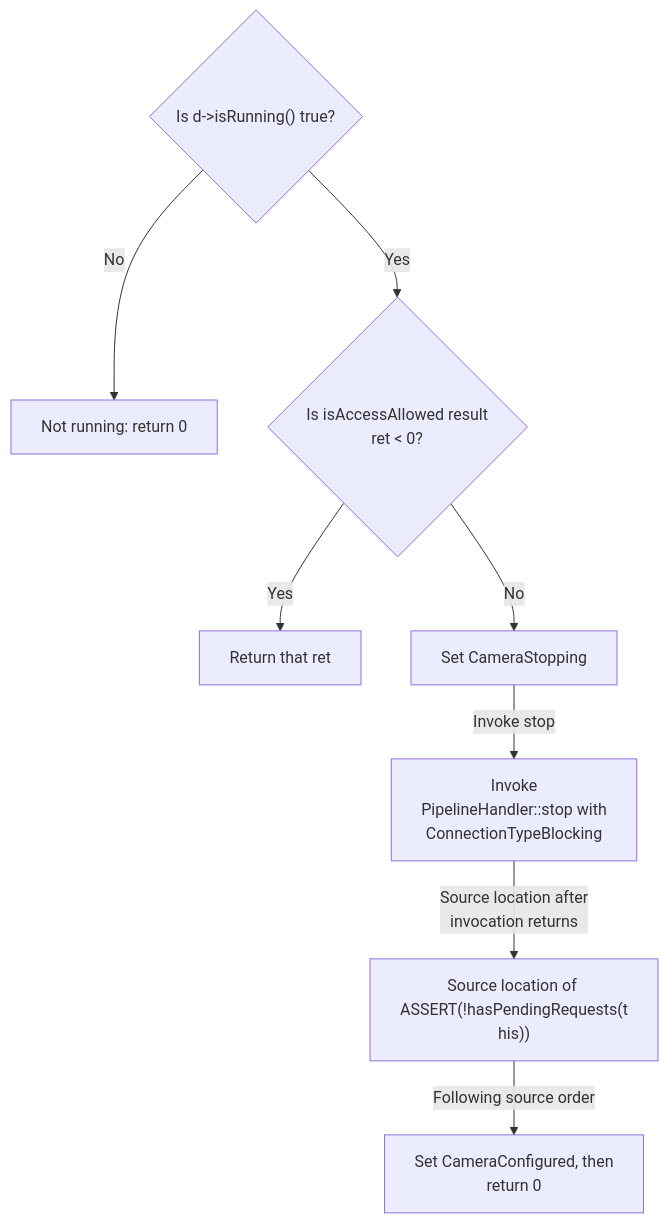
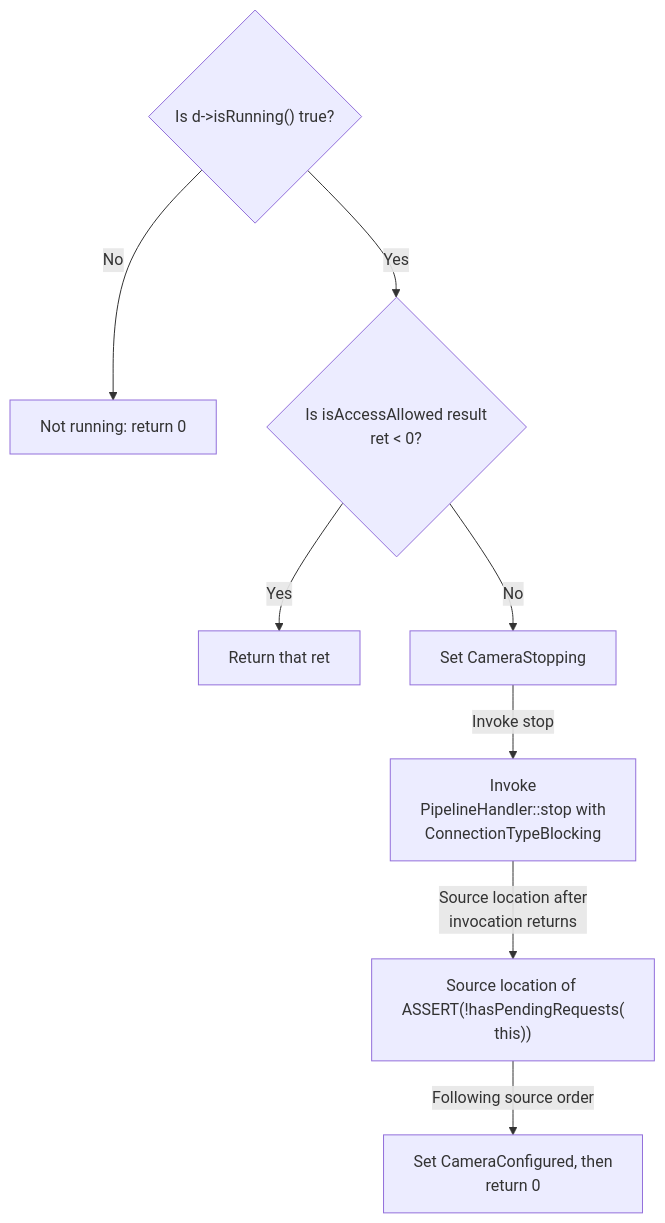
One commit to TTolsun/libcamera-sdd changed the diagram in docs/en/request-lifecycle.camera-stop-branches.mmd. Above: the diagram before and after it, drawn with Mermaid. The commit also changed 88 other files, not shown here.

Commit message:
Publish readable opening scale for bilingual diagrams

```diff
--- a/docs/en/request-lifecycle.camera-stop-branches.mmd
+++ b/docs/en/request-lifecycle.camera-stop-branches.mmd
@@ -1,17 +1,17 @@
 flowchart TB
 
   v_running{"Is d-#62;isRunning#40;#41; true?"}
   v_noop["Not running: return 0"]
   v_access{"Is isAccessAllowed result <br/>ret #60; 0?"}
   v_error["Return that ret"]
   v_stopping["Set CameraStopping"]
   v_invoke["Invoke <br/>PipelineHandler::stop with <br/>ConnectionTypeBlocking"]
-  v_assertion["Source location of <br/>ASSERT#40;#33;hasPendingRequests#40;t<br/>his#41;#41;"]
+  v_assertion["Source location of <br/>ASSERT#40;#33;hasPendingRequests#40;<br/>this#41;#41;"]
   v_configured["Set CameraConfigured, then <br/>return 0"]
   v_running -->|"No"| v_noop
   v_running -->|"Yes"| v_access
   v_access -->|"Yes"| v_error
   v_access -->|"No"| v_stopping
   v_stopping -->|"Invoke stop"| v_invoke
   v_invoke -->|"Source location after <br/>invocation returns"| v_assertion
   v_assertion -->|"Following source order"| v_configured
```
